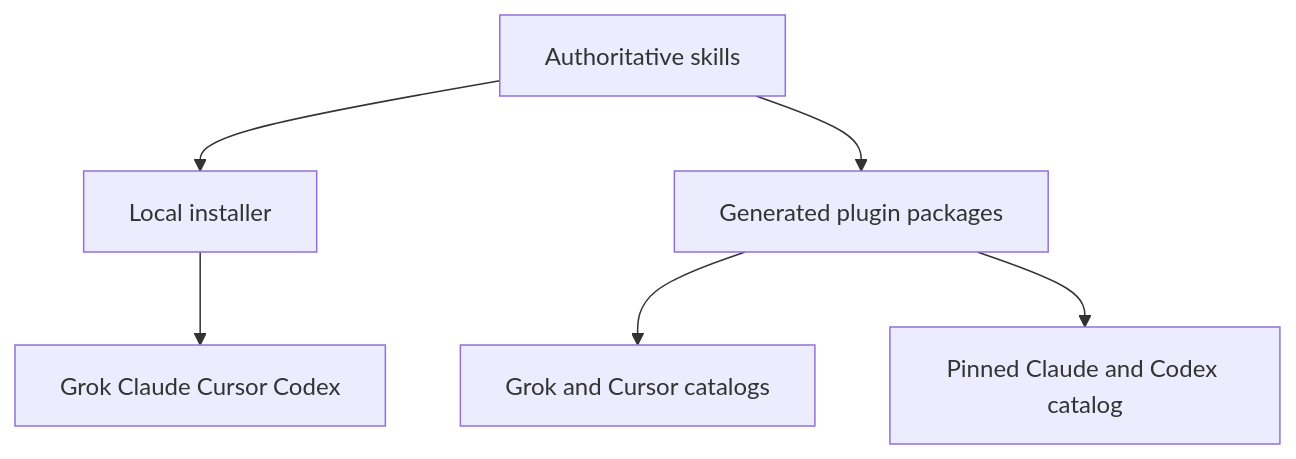
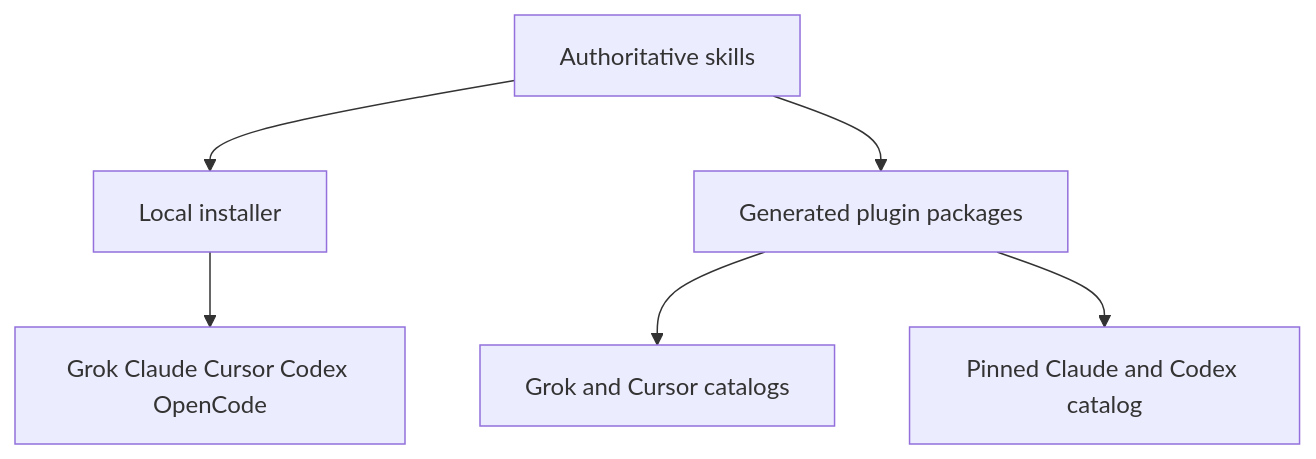
The diagram in docs/distribution.md (whichguy/skill-craft), drawn with Mermaid before and after one commit. The commit also changed other lines of this file and 146 other files, not shown here.

````diff
--- a/docs/distribution.md
+++ b/docs/distribution.md
@@ -3,8 +3,8 @@
 ```mermaid
 flowchart TD
   S[Authoritative skills] --> I[Local installer]
-  I --> H[Grok Claude Cursor Codex]
+  I --> H[Grok Claude Cursor Codex OpenCode]
   S --> P[Generated plugin packages]
   P --> N[Grok and Cursor catalogs]
   P --> M[Pinned Claude and Codex catalog]
 ```
````
